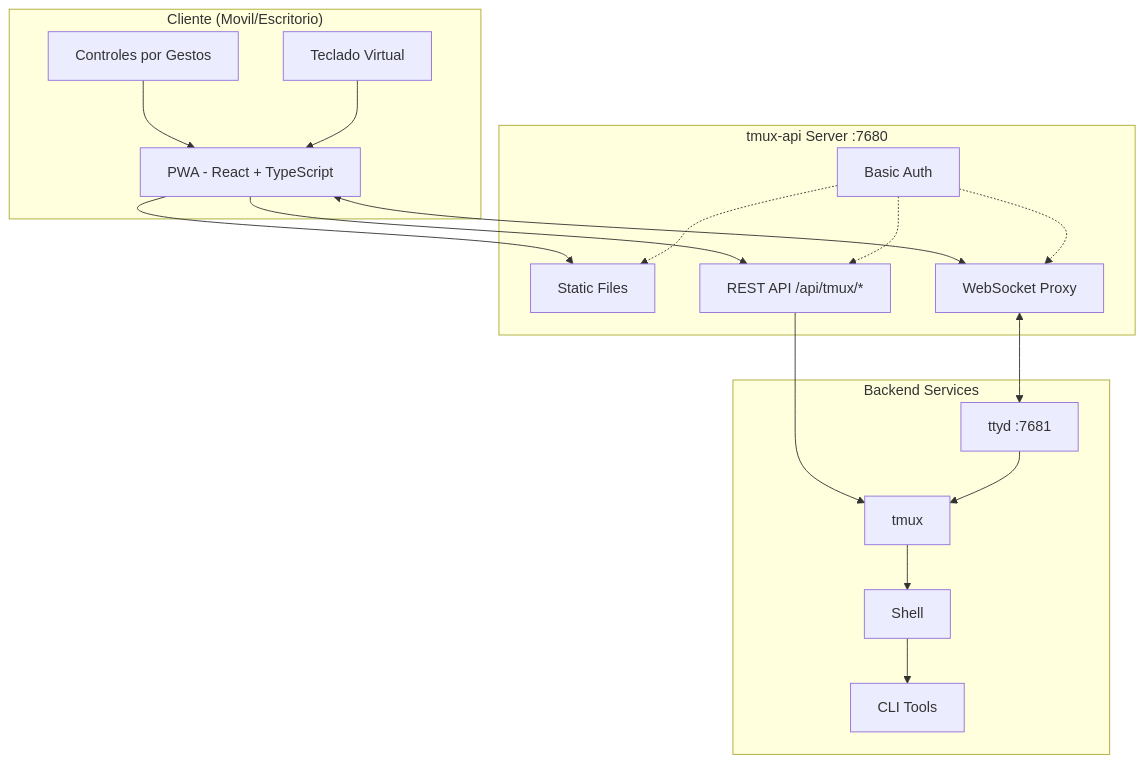
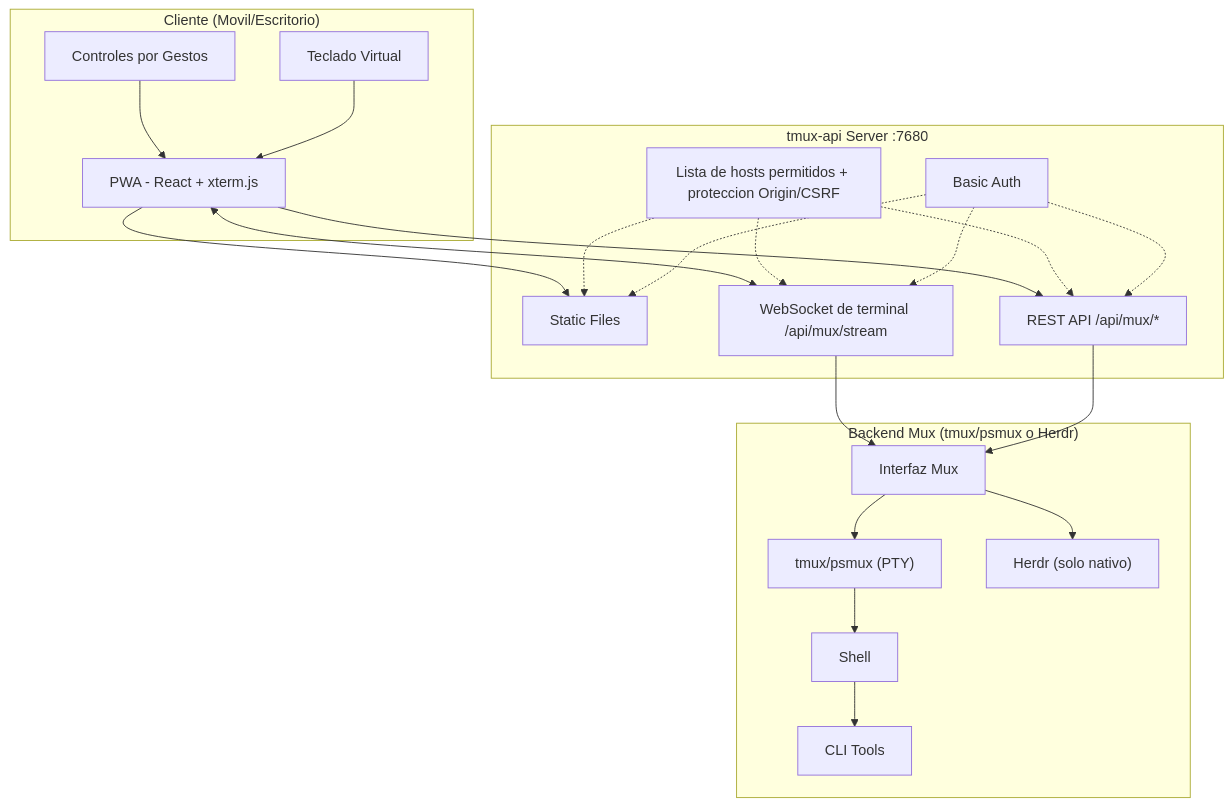
The first of 2 diagrams in README.es.md (lamngockhuong/termote), drawn with Mermaid before and after one commit. The commit also changed other lines of this file and 16 other files, not shown here.

````diff
--- a/README.es.md
+++ b/README.es.md
@@ -58,32 +59,36 @@
 ```mermaid
 flowchart TB
     subgraph Client["Cliente (Movil/Escritorio)"]
-        PWA["PWA - React + TypeScript"]
+        PWA["PWA - React + xterm.js"]
         Gestures["Controles por Gestos"]
         Keyboard["Teclado Virtual"]
     end
 
     subgraph Server["tmux-api Server :7680"]
         Static["Static Files"]
-        Proxy["WebSocket Proxy"]
-        API["REST API /api/tmux/*"]
+        Stream["WebSocket de terminal /api/mux/stream"]
+        API["REST API /api/mux/*"]
+        Guard["Lista de hosts permitidos + proteccion Origin/CSRF"]
         Auth["Basic Auth"]
     end
 
-    subgraph Backend["Backend Services"]
-        ttyd["ttyd :7681"]
-        tmux["tmux"]
+    subgraph Backend["Backend Mux (tmux/psmux o Herdr)"]
+        Mux["Interfaz Mux"]
+        tmux["tmux/psmux (PTY)"]
+        herdr["Herdr (solo nativo)"]
         Shell["Shell"]
         Tools["CLI Tools"]
     end
 
     Gestures --> PWA
     Keyboard --> PWA
     PWA --> Static
-    PWA <--> Proxy
+    PWA <--> Stream
     PWA --> API
-    Auth -.-> Static & Proxy & API
-    Proxy <--> ttyd
-    API --> tmux
-    ttyd --> tmux --> Shell --> Tools
+    Guard -.-> Static & Stream & API
+    Auth -.-> Static & Stream & API
+    Stream --> Mux
+    API --> Mux
+    Mux --> tmux & herdr
+    tmux --> Shell --> Tools
 ```
````
